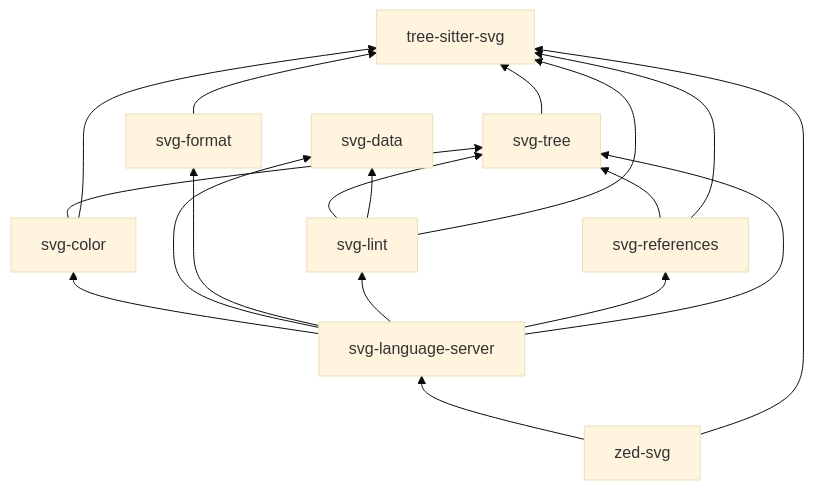
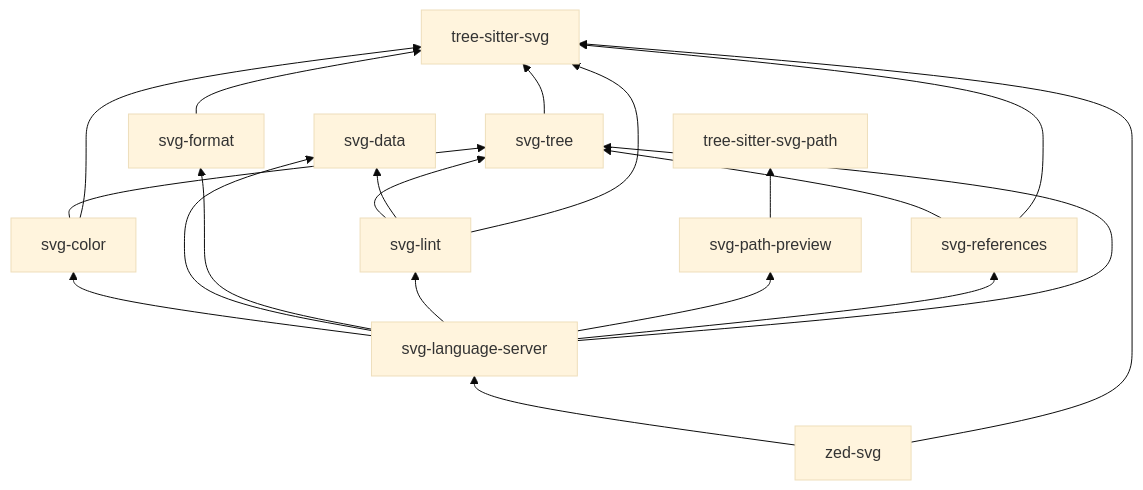
Before and after one commit to kjanat/svg: the diagram in README.md, drawn with Mermaid (base theme). The commit also changed other lines of this file and 9 other files, not shown here.

````diff
--- a/README.md
+++ b/README.md
@@ -85,20 +86,22 @@
 ```mermaid
 graph BT
   svg-color --> svg-tree
   svg-references --> svg-tree
   svg-lint --> svg-tree
   svg-lint --> svg-data
   svg-tree --> tree-sitter-svg
   svg-color --> tree-sitter-svg
   svg-format --> tree-sitter-svg
   svg-lint --> tree-sitter-svg
   svg-references --> tree-sitter-svg
   svg-language-server --> svg-color
   svg-language-server --> svg-data
   svg-language-server --> svg-format
   svg-language-server --> svg-lint
+  svg-language-server --> svg-path-preview
+  svg-path-preview --> tree-sitter-svg-path
   svg-language-server --> svg-references
   svg-language-server --> svg-tree
   zed-svg --> svg-language-server
   zed-svg --> tree-sitter-svg
 ```
````
